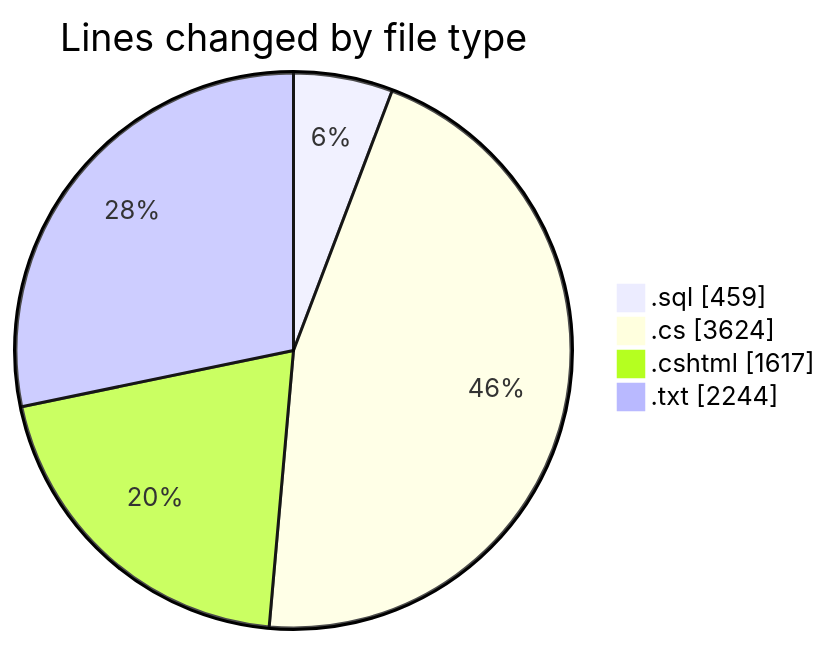
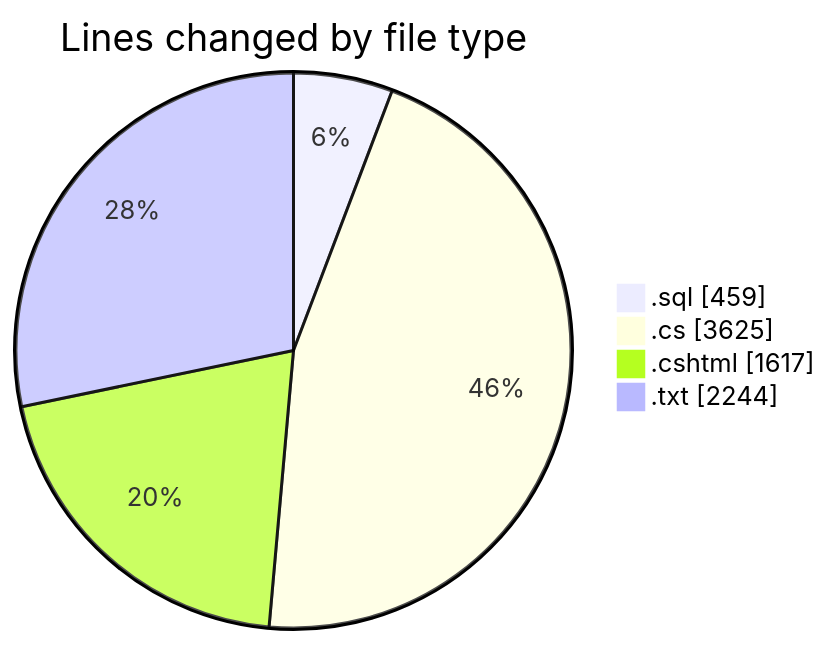
One commit to lephambinh05/code-tracking changed the first of 2 diagrams in 2025-07-23/quanlyrapchieuphim/README.md. Above: the diagram before and after it, drawn with Mermaid. The commit also changed other lines of this file and 1 other file, not shown here.

````diff
--- a/2025-07-23/quanlyrapchieuphim/README.md
+++ b/2025-07-23/quanlyrapchieuphim/README.md
@@ -33,8 +33,8 @@
 ```mermaid
 pie showData
 title Lines changed by file type
 ".sql" : 459
-".cs" : 3624
+".cs" : 3625
 ".cshtml" : 1617
 ".txt" : 2244
 ```
````
